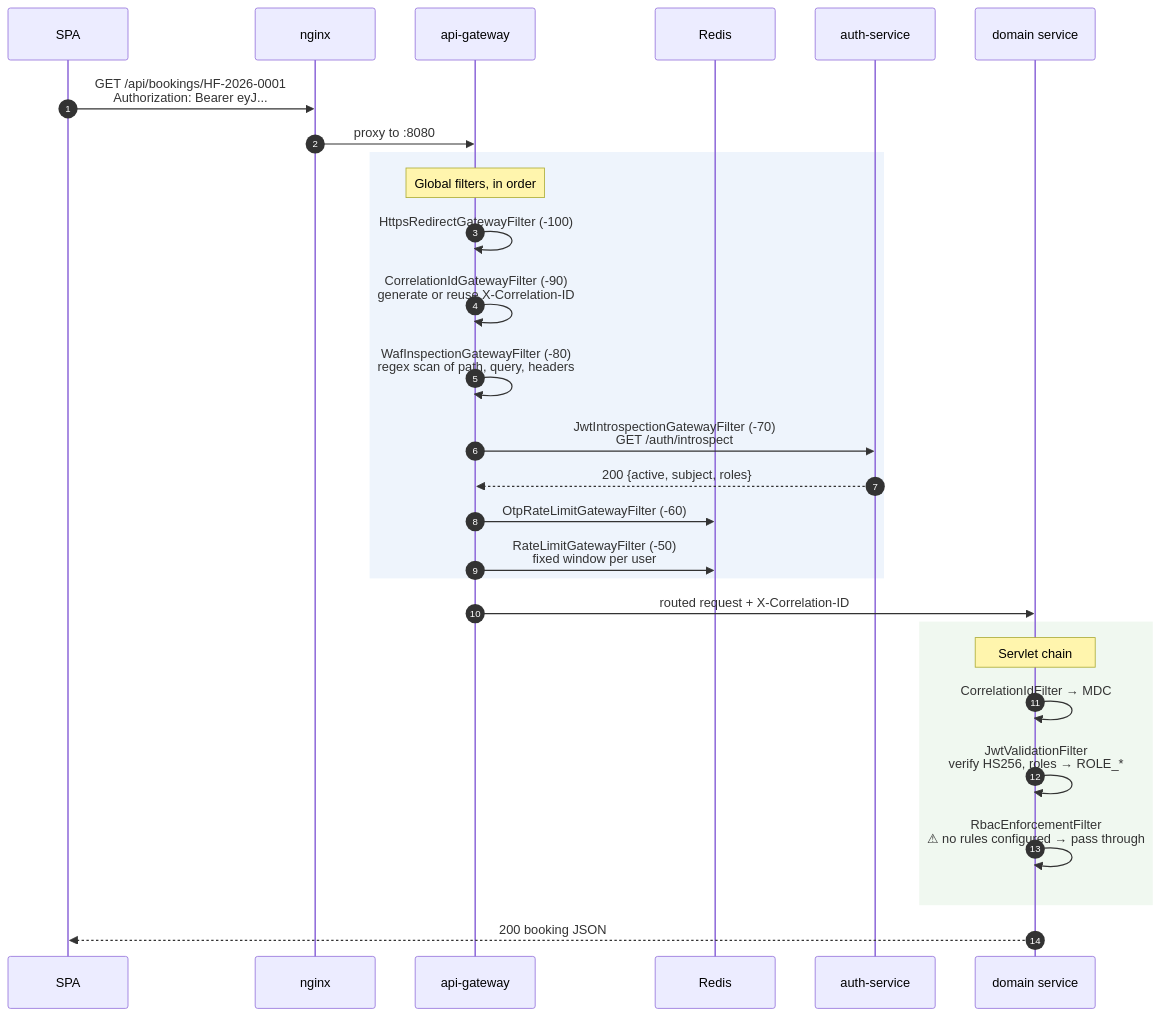
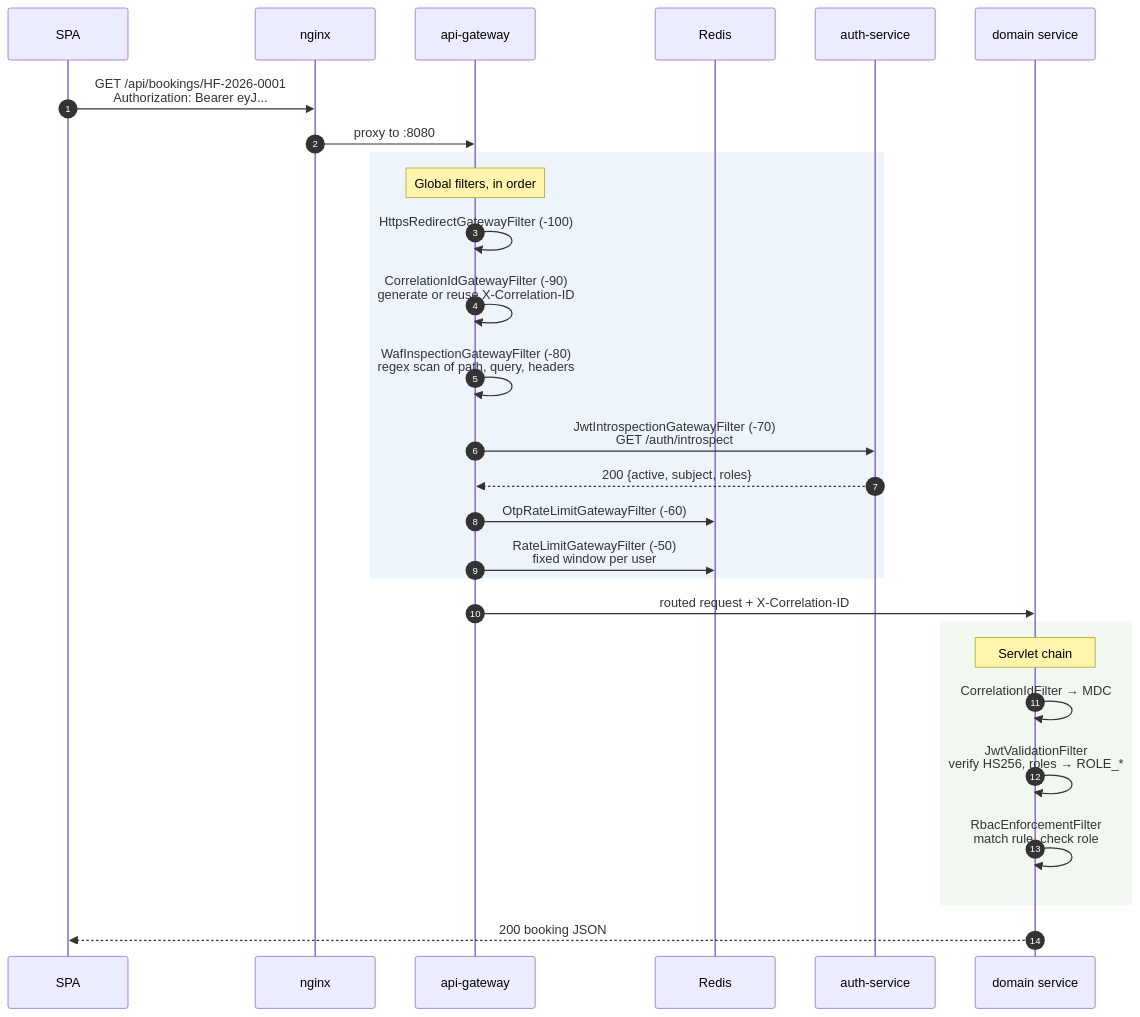
Before and after one commit to KripaGIT009/home-fix: the third of 27 diagrams in docs/ARCHITECTURE.md, drawn with Mermaid. The commit also changed other lines of this file and 300 other files, not shown here.

````diff
--- a/docs/ARCHITECTURE.md
+++ b/docs/ARCHITECTURE.md
@@ -154,35 +154,35 @@
 ```mermaid
 sequenceDiagram
     autonumber
     participant SPA as SPA
     participant NGX as nginx
     participant GW as api-gateway
     participant RD as Redis
     participant AUTH as auth-service
     participant SVC as domain service
 
     SPA->>NGX: GET /api/bookings/HF-2026-0001<br/>Authorization: Bearer eyJ...
     NGX->>GW: proxy to :8080
 
     rect rgb(238, 244, 252)
     note over GW: Global filters, in order
     GW->>GW: HttpsRedirectGatewayFilter (-100)
     GW->>GW: CorrelationIdGatewayFilter (-90)<br/>generate or reuse X-Correlation-ID
     GW->>GW: WafInspectionGatewayFilter (-80)<br/>regex scan of path, query, headers
     GW->>AUTH: JwtIntrospectionGatewayFilter (-70)<br/>GET /auth/introspect
     AUTH-->>GW: 200 {active, subject, roles}
     GW->>RD: OtpRateLimitGatewayFilter (-60)
     GW->>RD: RateLimitGatewayFilter (-50)<br/>fixed window per user
     end
 
     GW->>SVC: routed request + X-Correlation-ID
 
     rect rgb(240, 248, 240)
     note over SVC: Servlet chain
     SVC->>SVC: CorrelationIdFilter → MDC
     SVC->>SVC: JwtValidationFilter<br/>verify HS256, roles → ROLE_*
-    SVC->>SVC: RbacEnforcementFilter<br/>⚠ no rules configured → pass through
+    SVC->>SVC: RbacEnforcementFilter<br/>match rule, check role
     end
 
     SVC-->>SPA: 200 booking JSON
 ```
````
